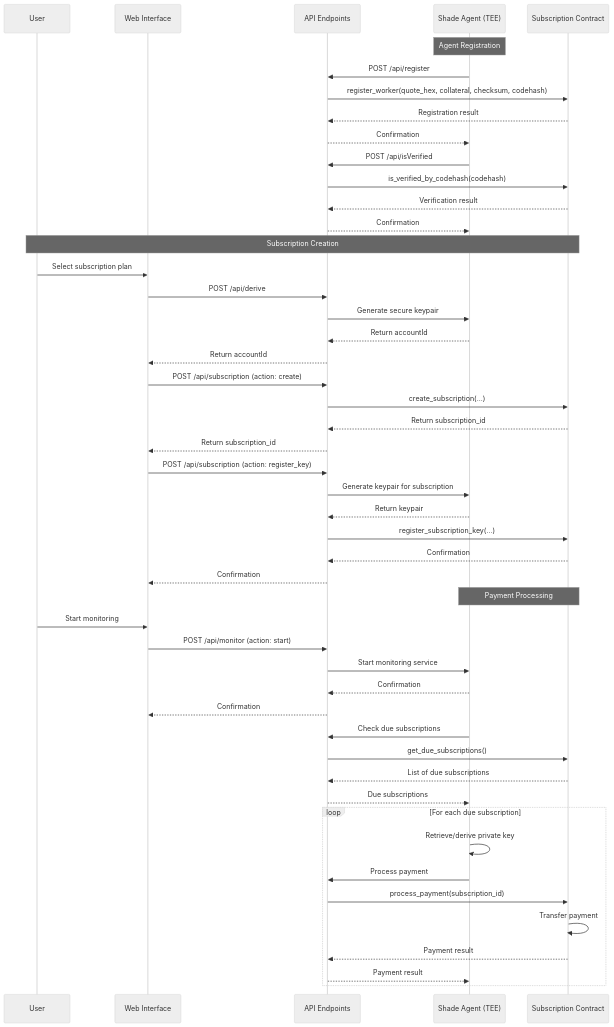
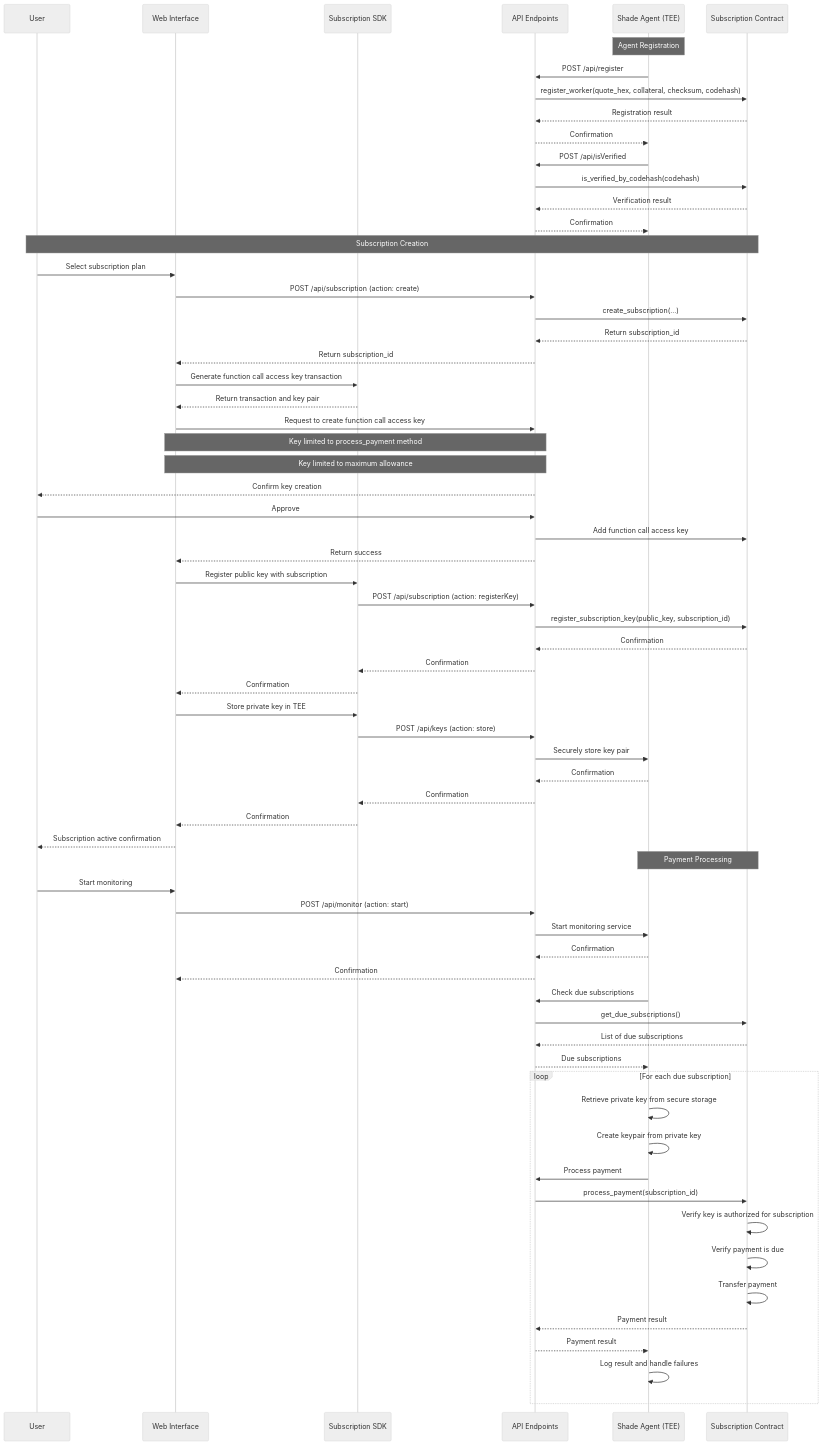
Before and after one commit to Pingpayio/ping-subscription-service: the diagram in README.md, drawn with Mermaid (neutral theme). The commit also changed other lines of this file and 8 other files, not shown here.

````diff
--- a/README.md
+++ b/README.md
@@ -16,59 +16,78 @@
 ```mermaid
 sequenceDiagram
     participant User
     participant UI as Web Interface
+    participant SDK as Subscription SDK
     participant API as API Endpoints
     participant TEE as Shade Agent (TEE)
     participant Contract as Subscription Contract
     
     Note over TEE: Agent Registration
     TEE->>API: POST /api/register
     API->>Contract: register_worker(quote_hex, collateral, checksum, codehash)
     Contract-->>API: Registration result
     API-->>TEE: Confirmation
     
     TEE->>API: POST /api/isVerified
     API->>Contract: is_verified_by_codehash(codehash)
     Contract-->>API: Verification result
     API-->>TEE: Confirmation
     
     Note over User,Contract: Subscription Creation
     User->>UI: Select subscription plan
-    UI->>API: POST /api/derive
-    API->>TEE: Generate secure keypair
-    TEE-->>API: Return accountId
-    API-->>UI: Return accountId
-    
     UI->>API: POST /api/subscription (action: create)
     API->>Contract: create_subscription(...)
     Contract-->>API: Return subscription_id
     API-->>UI: Return subscription_id
     
-    UI->>API: POST /api/subscription (action: register_key)
-    API->>TEE: Generate keypair for subscription
-    TEE-->>API: Return keypair
-    API->>Contract: register_subscription_key(...)
+    UI->>SDK: Generate function call access key transaction
+    SDK-->>UI: Return transaction and key pair
+    UI->>API: Request to create function call access key
+    Note over UI,API: Key limited to process_payment method
+    Note over UI,API: Key limited to maximum allowance
+    API-->>User: Confirm key creation
+    User->>API: Approve
+    API->>Contract: Add function call access key
+    API-->>UI: Return success
+    
+    UI->>SDK: Register public key with subscription
+    SDK->>API: POST /api/subscription (action: registerKey)
+    API->>Contract: register_subscription_key(public_key, subscription_id)
     Contract-->>API: Confirmation
-    API-->>UI: Confirmation
+    API-->>SDK: Confirmation
+    SDK-->>UI: Confirmation
+    
+    UI->>SDK: Store private key in TEE
+    SDK->>API: POST /api/keys (action: store)
+    API->>TEE: Securely store key pair
+    TEE-->>API: Confirmation
+    API-->>SDK: Confirmation
+    SDK-->>UI: Confirmation
+    
+    UI-->>User: Subscription active confirmation
     
     Note over TEE,Contract: Payment Processing
     User->>UI: Start monitoring
     UI->>API: POST /api/monitor (action: start)
     API->>TEE: Start monitoring service
     TEE-->>API: Confirmation
     API-->>UI: Confirmation
     
     TEE->>API: Check due subscriptions
     API->>Contract: get_due_subscriptions()
     Contract-->>API: List of due subscriptions
     API-->>TEE: Due subscriptions
     
     loop For each due subscription
-        TEE->>TEE: Retrieve/derive private key
+        TEE->>TEE: Retrieve private key from secure storage
+        TEE->>TEE: Create keypair from private key
         TEE->>API: Process payment
         API->>Contract: process_payment(subscription_id)
+        Contract->>Contract: Verify key is authorized for subscription
+        Contract->>Contract: Verify payment is due
         Contract->>Contract: Transfer payment
         Contract-->>API: Payment result
         API-->>TEE: Payment result
+        TEE->>TEE: Log result and handle failures
     end
 ```
````
